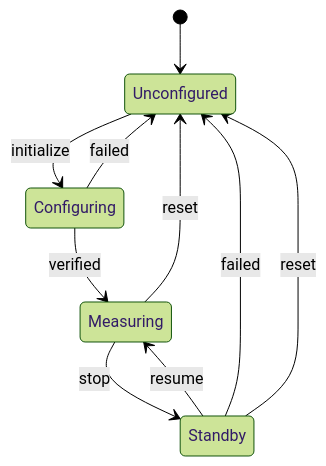
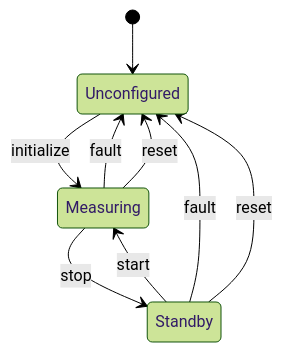
Before and after one commit to SiboVG/fprime-adxl355: the third of 3 diagrams in docs/architecture.md, drawn with Mermaid (forest theme). The commit also changed other lines of this file and 53 other files, not shown here.

````diff
--- a/docs/architecture.md
+++ b/docs/architecture.md
@@ -93,12 +121,11 @@
 ```mermaid
 stateDiagram-v2
     [*] --> Unconfigured
-    Unconfigured --> Configuring: initialize
-    Configuring --> Measuring: verified
-    Configuring --> Unconfigured: failed
+    Unconfigured --> Measuring: initialize
     Measuring --> Standby: stop
-    Standby --> Measuring: resume
-    Standby --> Unconfigured: failed
+    Standby --> Measuring: start
+    Measuring --> Unconfigured: fault
+    Standby --> Unconfigured: fault
     Measuring --> Unconfigured: reset
     Standby --> Unconfigured: reset
 ```
````
